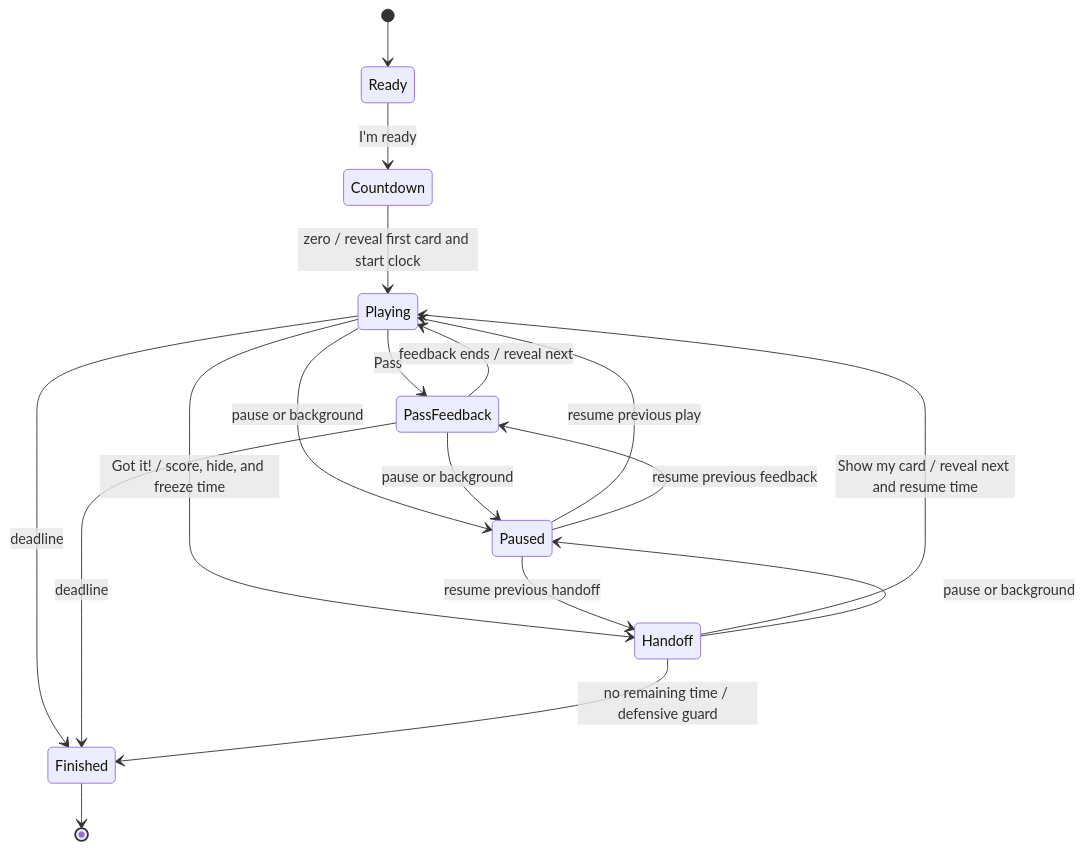
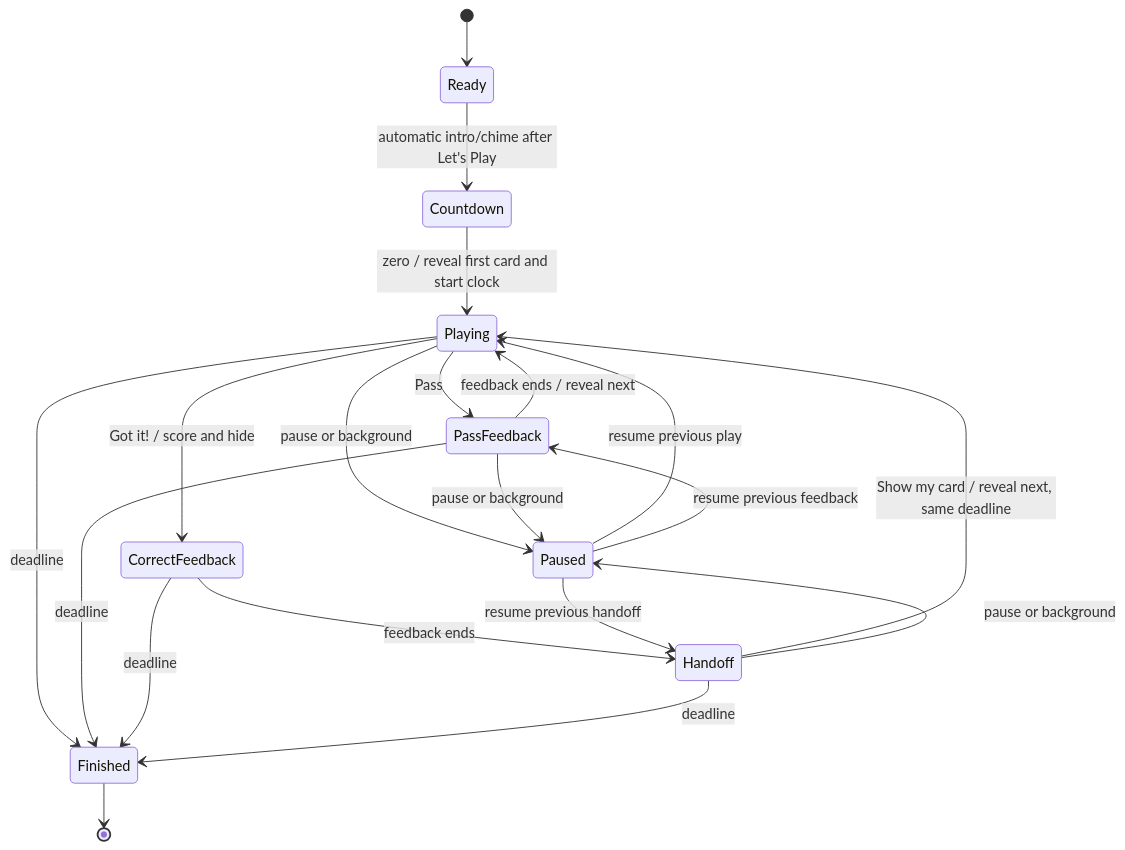
Before and after one commit to CadeLawless/whatz-it: the diagram in docs/PASS_N_PLAY_MASTER_PLAN.md, drawn with Mermaid. The commit also changed other lines of this file and 44 other files, not shown here.

````diff
--- a/docs/PASS_N_PLAY_MASTER_PLAN.md
+++ b/docs/PASS_N_PLAY_MASTER_PLAN.md
@@ -173,20 +212,22 @@
 ```mermaid
 stateDiagram-v2
     [*] --> Ready
-    Ready --> Countdown: I'm ready
+    Ready --> Countdown: automatic intro/chime after Let's Play
     Countdown --> Playing: zero / reveal first card and start clock
     Playing --> PassFeedback: Pass
     PassFeedback --> Playing: feedback ends / reveal next
-    Playing --> Handoff: Got it! / score, hide, and freeze time
-    Handoff --> Playing: Show my card / reveal next and resume time
+    Playing --> CorrectFeedback: Got it! / score and hide
+    CorrectFeedback --> Handoff: feedback ends
+    Handoff --> Playing: Show my card / reveal next, same deadline
     Playing --> Finished: deadline
     PassFeedback --> Finished: deadline
-    Handoff --> Finished: no remaining time / defensive guard
+    CorrectFeedback --> Finished: deadline
+    Handoff --> Finished: deadline
     Playing --> Paused: pause or background
     PassFeedback --> Paused: pause or background
     Handoff --> Paused: pause or background
     Paused --> Playing: resume previous play
     Paused --> PassFeedback: resume previous feedback
     Paused --> Handoff: resume previous handoff
     Finished --> [*]
 ```
````
